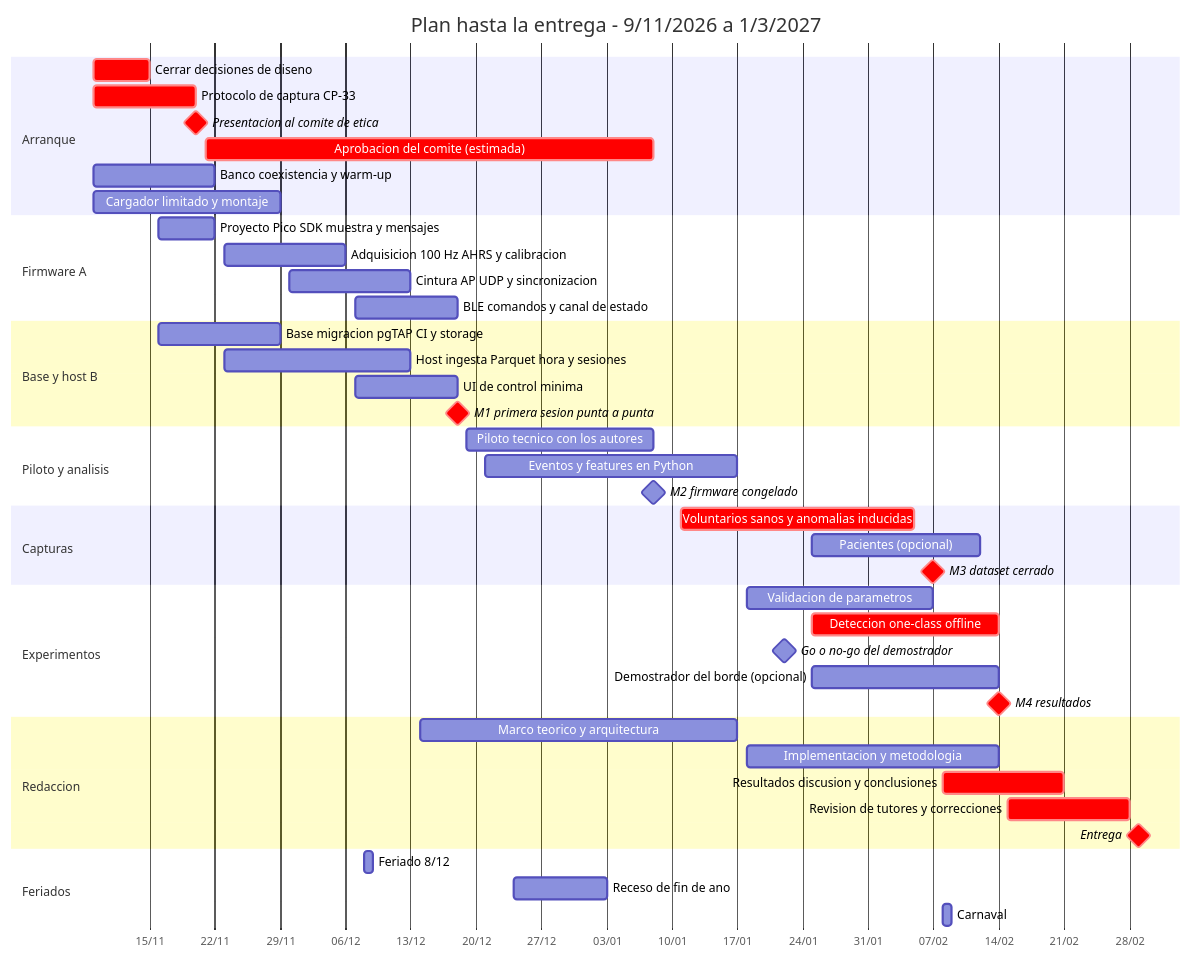
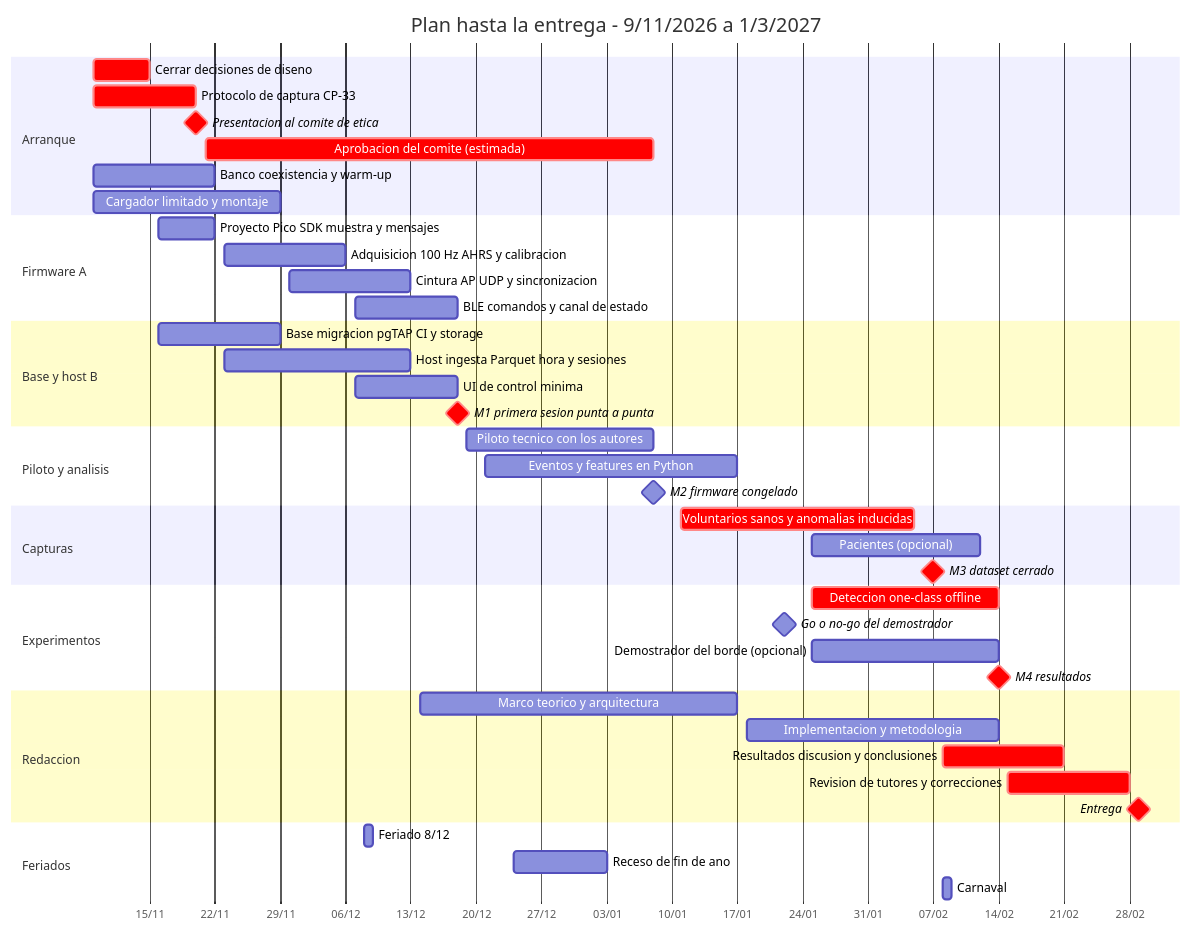
The second of 2 diagrams in docs/cronograma.md (juanbag25/Tesis_Gramaglia_Azcueta), drawn with Mermaid before and after one commit. The commit also changed other lines of this file and 9 other files, not shown here.

````diff
--- a/docs/cronograma.md
+++ b/docs/cronograma.md
@@ -109,47 +109,46 @@
 ```mermaid
 gantt
     title Plan hasta la entrega - 9/11/2026 a 1/3/2027
     dateFormat YYYY-MM-DD
     axisFormat %d/%m
     section Arranque
     Cerrar decisiones de diseno              :crit, a1, 2026-11-09, 2026-11-15
     Protocolo de captura CP-33               :crit, a2, 2026-11-09, 2026-11-20
     Presentacion al comite de etica          :milestone, crit, m0, 2026-11-20, 0d
     Aprobacion del comite (estimada)         :crit, a3, 2026-11-21, 2027-01-08
     Banco coexistencia y warm-up             :a4, 2026-11-09, 2026-11-22
     Cargador limitado y montaje              :a5, 2026-11-09, 2026-11-29
     section Firmware A
     Proyecto Pico SDK muestra y mensajes     :f1, 2026-11-16, 2026-11-22
     Adquisicion 100 Hz AHRS y calibracion    :f2, 2026-11-23, 2026-12-06
     Cintura AP UDP y sincronizacion          :f3, 2026-11-30, 2026-12-13
     BLE comandos y canal de estado           :f4, 2026-12-07, 2026-12-18
     section Base y host B
     Base migracion pgTAP CI y storage        :b1, 2026-11-16, 2026-11-29
     Host ingesta Parquet hora y sesiones     :b2, 2026-11-23, 2026-12-13
     UI de control minima                     :b3, 2026-12-07, 2026-12-18
     M1 primera sesion punta a punta          :milestone, crit, m1, 2026-12-18, 0d
     section Piloto y analisis
     Piloto tecnico con los autores           :p1, 2026-12-19, 2027-01-08
     Eventos y features en Python             :p2, 2026-12-21, 2027-01-17
     M2 firmware congelado                    :milestone, m2, 2027-01-08, 0d
     section Capturas
     Voluntarios sanos y anomalias inducidas  :crit, c1, 2027-01-11, 2027-02-05
     Pacientes (opcional)                     :c2, 2027-01-25, 2027-02-12
     M3 dataset cerrado                       :milestone, crit, m3, 2027-02-07, 0d
     section Experimentos
-    Validacion de parametros                 :e1, 2027-01-18, 2027-02-07
     Deteccion one-class offline              :crit, e2, 2027-01-25, 2027-02-14
     Go o no-go del demostrador               :milestone, g1, 2027-01-22, 0d
     Demostrador del borde (opcional)         :e3, 2027-01-25, 2027-02-14
     M4 resultados                            :milestone, crit, m4, 2027-02-14, 0d
     section Redaccion
     Marco teorico y arquitectura             :r1, 2026-12-14, 2027-01-17
     Implementacion y metodologia             :r2, 2027-01-18, 2027-02-14
     Resultados discusion y conclusiones      :crit, r3, 2027-02-08, 2027-02-21
     Revision de tutores y correcciones       :crit, r4, 2027-02-15, 2027-02-28
     Entrega                                  :milestone, crit, m5, 2027-03-01, 0d
     section Feriados
     Feriado 8/12                             :x1, 2026-12-08, 1d
     Receso de fin de ano                     :x2, 2026-12-24, 2027-01-03
     Carnaval                                 :x3, 2027-02-08, 2027-02-09
 ```
````
